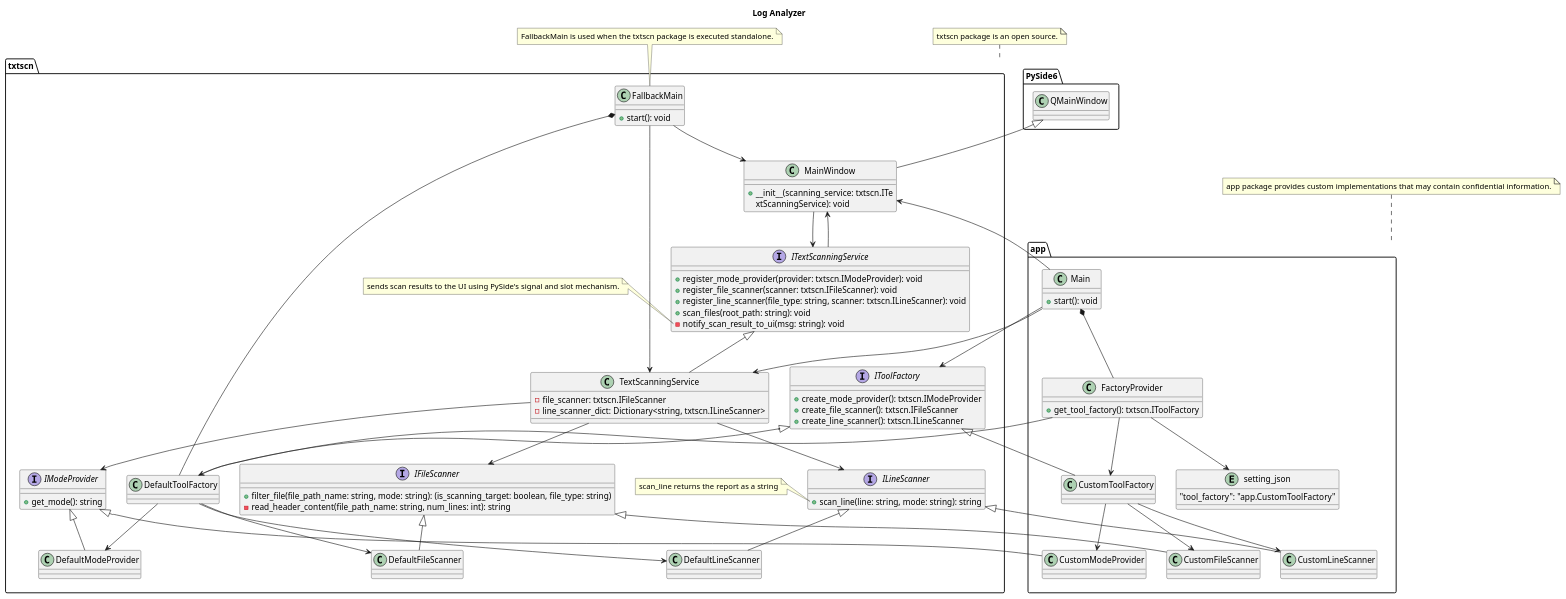
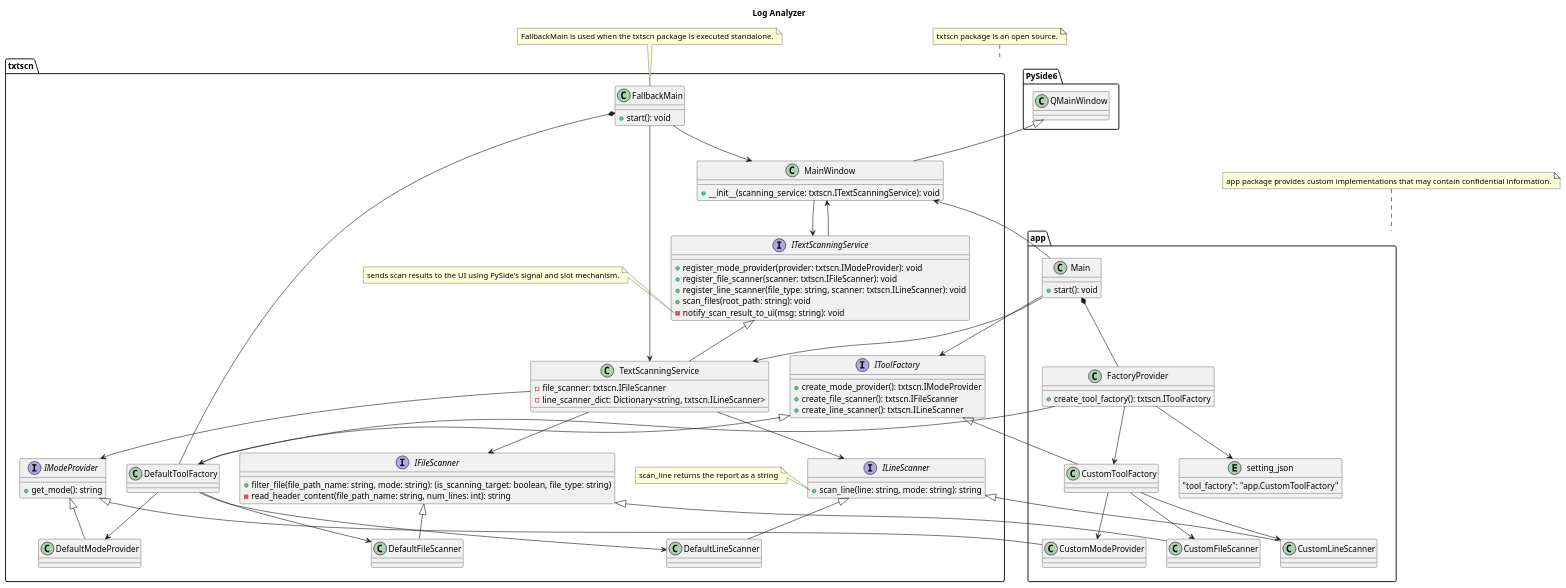
The diagram in doc/log_analyzer.puml (Takayoshi-Matsuyama/log_analyzer), drawn with PlantUML before and after one commit. The commit also changed 2 other files, not shown here.

Commit message:
Updated - setup scanning service

```diff
--- a/doc/log_analyzer.puml
+++ b/doc/log_analyzer.puml
@@ -1,177 +1,178 @@
 @startuml log_analyzer
 
 'Copyright 2026 Takayoshi Matsuyama
 '
 'Licensed under the Apache License, Version 2.0 (the "License");
 'you may not use this file except in compliance with the License.
 'You may obtain a copy of the License at
 '
 '    http://www.apache.org/licenses/LICENSE-2.0
 '
 'Unless required by applicable law or agreed to in writing, software
 'distributed under the License is distributed on an "AS IS" BASIS,
 'WITHOUT WARRANTIES OR CONDITIONS OF ANY KIND, either express or implied.
 'See the License for the specific language governing permissions and
 'limitations under the License.
 
 title Log Analyzer
 
 '==================== Mode Providers ====================
 
 interface txtscn.IModeProvider
 {
     +get_mode(): string
 }
 
 class txtscn.DefaultModeProvider {}
 class app.CustomModeProvider {}
 
 txtscn.IModeProvider <|-- txtscn.DefaultModeProvider
 txtscn.IModeProvider <|-- app.CustomModeProvider
 
 '==================== File Scanners ====================
 
 interface txtscn.IFileScanner
 {
     +filter_file(file_path_name: string, mode: string): (is_scanning_target: boolean, file_type: string)
     -read_header_content(file_path_name: string, num_lines: int): string
 }
 
 class txtscn.DefaultFileScanner {}
 class app.CustomFileScanner {}
 
 txtscn.IFileScanner <|-- txtscn.DefaultFileScanner
 txtscn.IFileScanner <|-- app.CustomFileScanner
 
 note left of txtscn.DefaultFileScanner::read_header_content
     optionally reads the header content of the file.
 end note
 
 '==================== Line Scanners ====================
 
 interface txtscn.ILineScanner
 {
     +scan_line(line: string, mode: string): string
 }
 
 note left of txtscn.ILineScanner::scan_line
     scan_line returns the report as a string
 end note
 
 class txtscn.DefaultLineScanner {}
 class app.CustomLineScanner {}
 
 txtscn.ILineScanner <|-- txtscn.DefaultLineScanner
 txtscn.ILineScanner <|-- app.CustomLineScanner
 
 '==================== Tool Factories ====================
 
 interface txtscn.IToolFactory
 {
     +create_mode_provider(): txtscn.IModeProvider
     +create_file_scanner(): txtscn.IFileScanner
     +create_line_scanner(): txtscn.ILineScanner
 }
 
 class txtscn.DefaultToolFactory {}
 class app.CustomToolFactory {}
 
 txtscn.IToolFactory <|-- txtscn.DefaultToolFactory
 txtscn.IToolFactory <|-- app.CustomToolFactory
 
 txtscn.DefaultToolFactory --> txtscn.DefaultFileScanner
 txtscn.DefaultToolFactory --> txtscn.DefaultLineScanner
 txtscn.DefaultToolFactory --> txtscn.DefaultModeProvider
 
 app.CustomToolFactory --> app.CustomFileScanner
 app.CustomToolFactory --> app.CustomLineScanner
 app.CustomToolFactory --> app.CustomModeProvider
 
 '==================== Text Scanning Service ====================
 
 interface txtscn.ITextScanningService
 {
     +register_mode_provider(provider: txtscn.IModeProvider): void
     +register_file_scanner(scanner: txtscn.IFileScanner): void
     +register_line_scanner(file_type: string, scanner: txtscn.ILineScanner): void
     +scan_files(root_path: string): void
     -notify_scan_result_to_ui(msg: string): void
 }
 
 note left of txtscn.ITextScanningService::notify_scan_result_to_ui
     sends scan results to the UI using PySide's signal and slot mechanism.
 end note
 
 class txtscn.TextScanningService
 {
     -file_scanner: txtscn.IFileScanner
     -line_scanner_dict: Dictionary<string, txtscn.ILineScanner>
 }
 
 txtscn.ITextScanningService <|-- txtscn.TextScanningService
 txtscn.TextScanningService --> txtscn.IModeProvider
 txtscn.TextScanningService --> txtscn.IFileScanner
 txtscn.TextScanningService --> txtscn.ILineScanner
 
 '==================== Main Window ====================
 
 class PySide6.QMainWindow {}
 
 class txtscn.MainWindow
 {
-    + __init__(scanning_service: txtscn.ITe
-xtScanningService): void
+    + __init__(scanning_service: txtscn.ITextScanningService): void
 }
 
 PySide6.QMainWindow <|-- txtscn.MainWindow
 txtscn.ITextScanningService --> txtscn.MainWindow
 
 '==================== Application Settings ====================
 
 entity app.setting_json
 {
     "tool_factory": "app.CustomToolFactory"
 }
 
+'==================== Factory Provider ====================
+
 class app.FactoryProvider
  {
-    +get_tool_factory(): txtscn.IToolFactory
+    +create_tool_factory(): txtscn.IToolFactory
 }
 
 app.FactoryProvider --> app.setting_json
 app.FactoryProvider --> txtscn.DefaultToolFactory
 app.FactoryProvider --> app.CustomToolFactory
 
 '==================== Fallback Main ====================
 
 class txtscn.FallbackMain
 {
     + start(): void
 }
 
 txtscn.FallbackMain *-- txtscn.DefaultToolFactory
 txtscn.FallbackMain --> txtscn.TextScanningService
 txtscn.FallbackMain --> txtscn.MainWindow
 
 note "FallbackMain is used when the txtscn package is executed standalone." as N1
 N1 .. txtscn.FallbackMain
 
 '==================== Application Main ====================
 
 class app.Main
 {
     + start(): void
 }
 
 app.Main *-- app.FactoryProvider
 app.Main --> txtscn.IToolFactory
 app.Main --> txtscn.TextScanningService
 app.Main --> txtscn.MainWindow
 txtscn.MainWindow --> txtscn.ITextScanningService
 
 note "txtscn package is an open source." as N2
 N2 .. txtscn
 note "app package provides custom implementations that may contain confidential information." as N3
 N3 .. app
 
 @enduml
```
